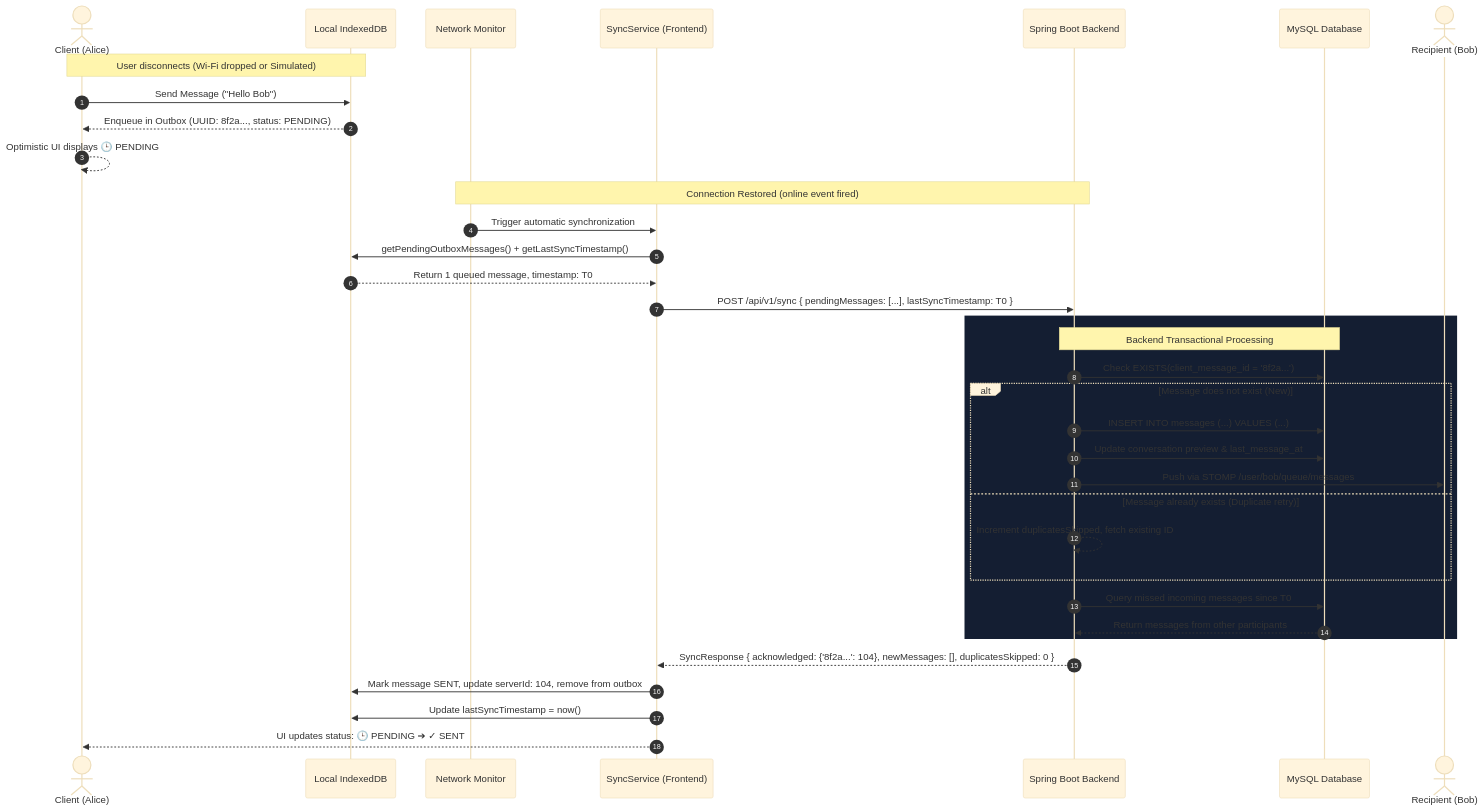
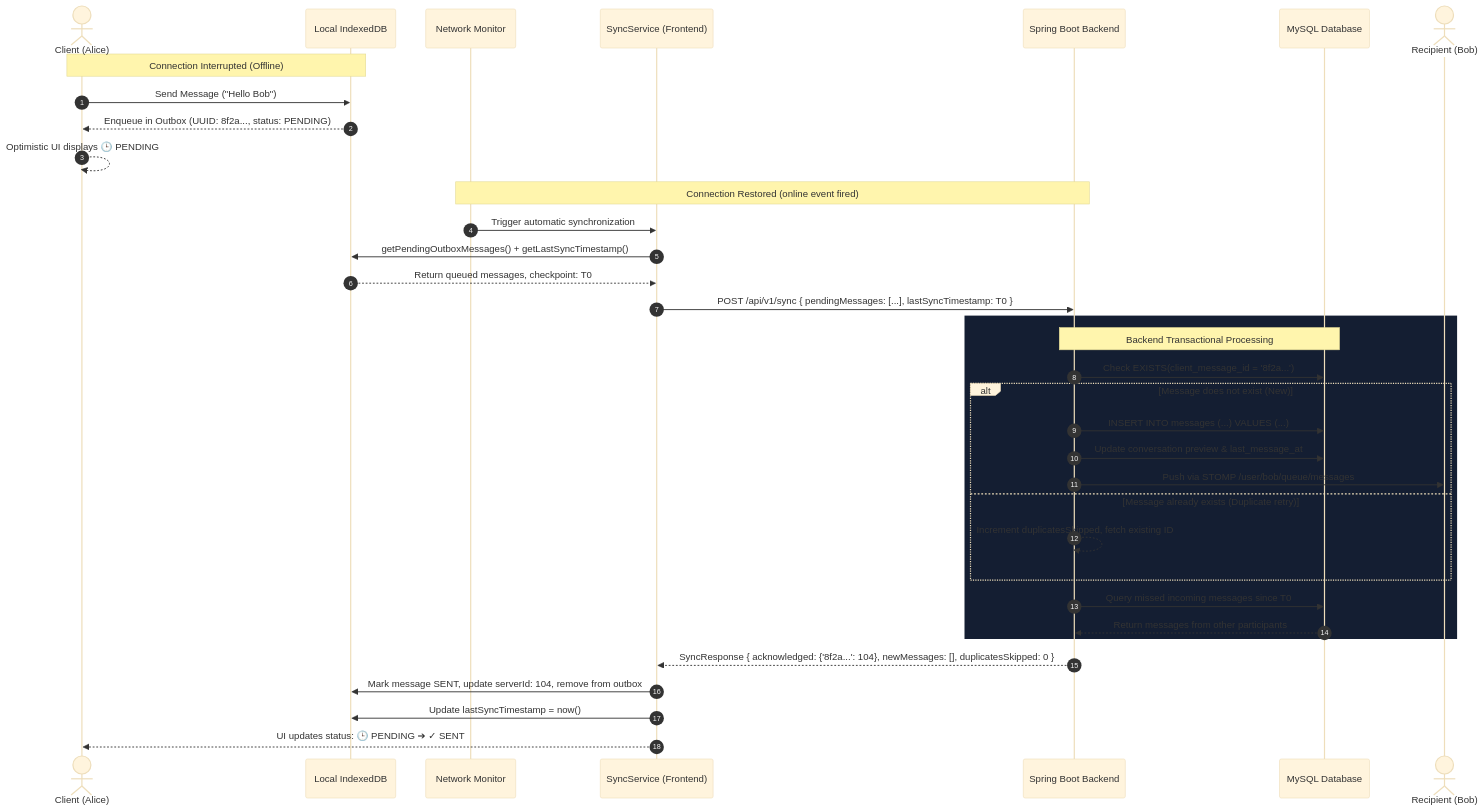
The second of 2 diagrams in README.md (Aman5ingh19/PulseChat-Enterprise-Offline-First-Real-Time-Chat-Platform), drawn with Mermaid (base theme) before and after one commit. The commit also changed other lines of this file, not shown here.

````diff
--- a/README.md
+++ b/README.md
@@ -91,42 +91,42 @@
 ```mermaid
 sequenceDiagram
     autonumber
     actor User as Client (Alice)
     participant IDB as Local IndexedDB
     participant Net as Network Monitor
     participant Sync as SyncService (Frontend)
     participant Server as Spring Boot Backend
     participant DB as MySQL Database
     actor Bob as Recipient (Bob)
 
-    Note over User,IDB: User disconnects (Wi-Fi dropped or Simulated)
+    Note over User,IDB: Connection Interrupted (Offline)
     User->>IDB: Send Message ("Hello Bob")
     IDB-->>User: Enqueue in Outbox (UUID: 8f2a..., status: PENDING)
     User-->>User: Optimistic UI displays 🕒 PENDING
 
     Note over Net,Server: Connection Restored (online event fired)
     Net->>Sync: Trigger automatic synchronization
     Sync->>IDB: getPendingOutboxMessages() + getLastSyncTimestamp()
-    IDB-->>Sync: Return 1 queued message, timestamp: T0
+    IDB-->>Sync: Return queued messages, checkpoint: T0
 
     Sync->>Server: POST /api/v1/sync { pendingMessages: [...], lastSyncTimestamp: T0 }
     
     rect rgb(20, 30, 50)
         Note over Server,DB: Backend Transactional Processing
         Server->>DB: Check EXISTS(client_message_id = '8f2a...')
         alt Message does not exist (New)
             Server->>DB: INSERT INTO messages (...) VALUES (...)
             Server->>DB: Update conversation preview & last_message_at
             Server->>Bob: Push via STOMP /user/bob/queue/messages
         else Message already exists (Duplicate retry)
             Server-->>Server: Increment duplicatesSkipped, fetch existing ID
         end
         Server->>DB: Query missed incoming messages since T0
         DB-->>Server: Return messages from other participants
     end
 
     Server-->>Sync: SyncResponse { acknowledged: {'8f2a...': 104}, newMessages: [], duplicatesSkipped: 0 }
     Sync->>IDB: Mark message SENT, update serverId: 104, remove from outbox
     Sync->>IDB: Update lastSyncTimestamp = now()
     Sync-->>User: UI updates status: 🕒 PENDING ➔ ✓ SENT
 ```
````
